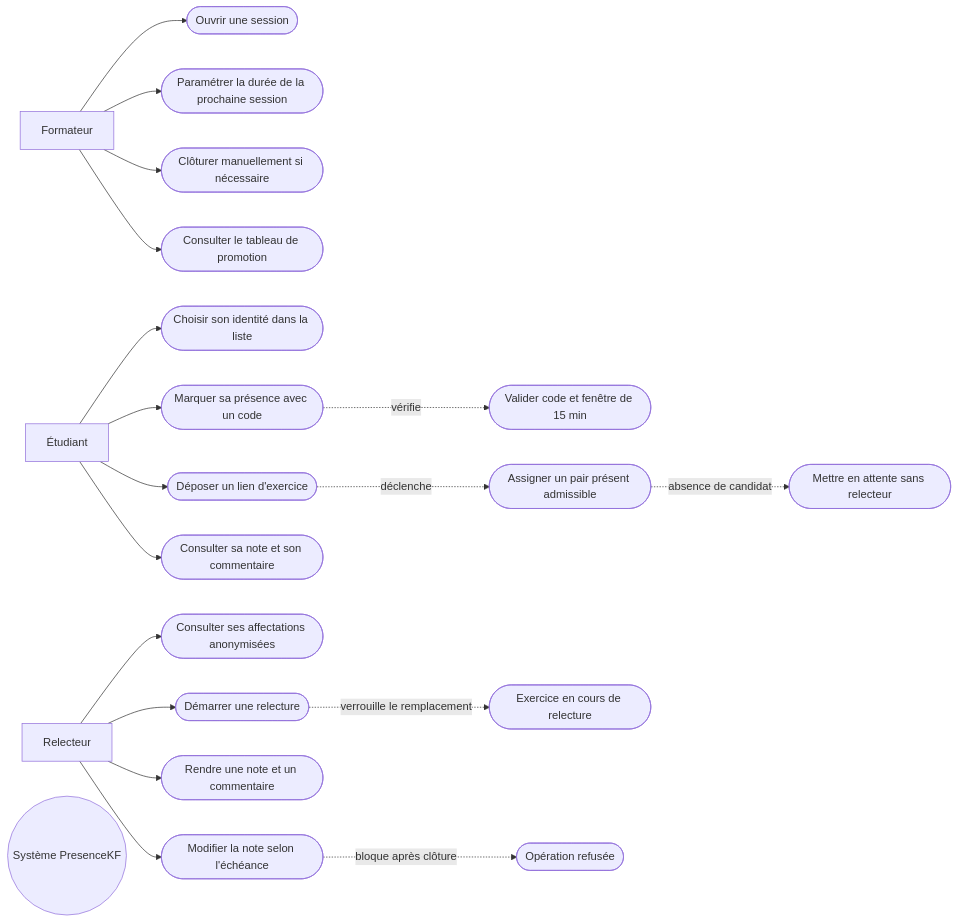
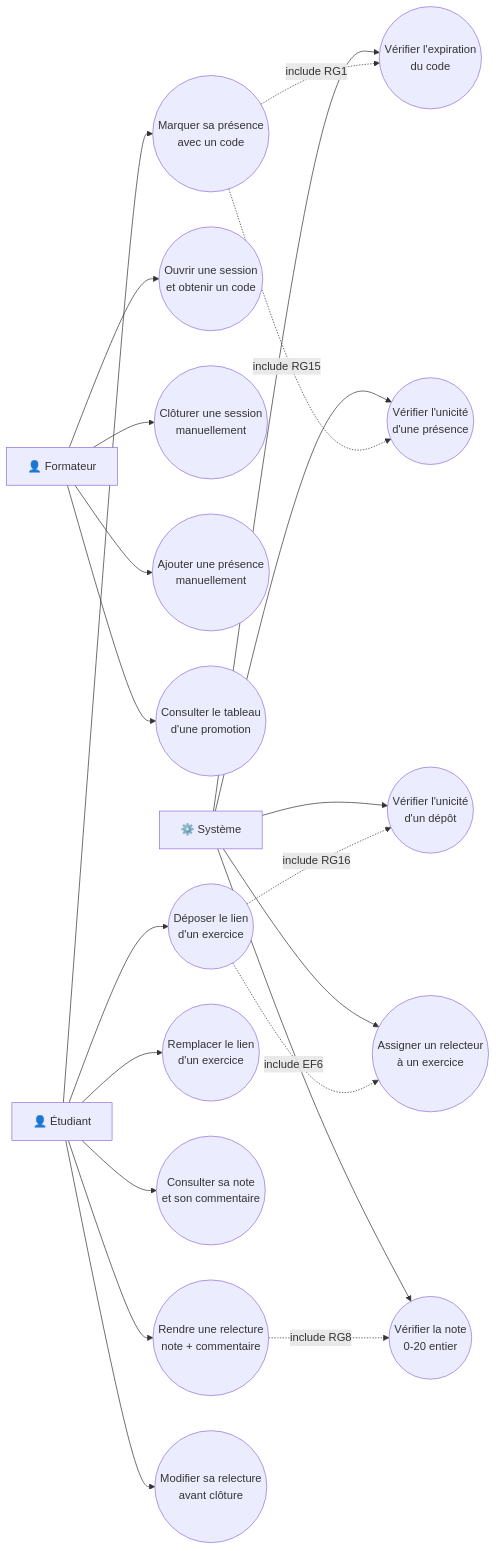
The diagram in docs/diagrammes/D1-cas-utilisation.md (kabary-hub/kfokam48-epreuve-153), drawn with Mermaid before and after one commit. The commit also changed other lines of this file, not shown here.

Commit message:
docs(diagrammes): créer D1 cas d'utilisation (EF1-EF11, acteurs et règles)

````diff
--- a/docs/diagrammes/D1-cas-utilisation.md
+++ b/docs/diagrammes/D1-cas-utilisation.md
@@ -3,28 +7,56 @@
 ```mermaid
 flowchart LR
-    F[Formateur]
-    E[Étudiant]
-    R[Relecteur]
-    SYS((Système PresenceKF))
+    %% Acteurs
+    F[👤 Formateur]
+    E[👤 Étudiant]
+    S[⚙️ Système]
 
-    F --> UC1([Ouvrir une session])
-    F --> UC2([Paramétrer la durée de la prochaine session])
-    F --> UC3([Clôturer manuellement si nécessaire])
-    F --> UC4([Consulter le tableau de promotion])
+    %% Cas d'utilisation - Formateur
+    UC1((Ouvrir une session<br/>et obtenir un code))
+    UC2((Clôturer une session<br/>manuellement))
+    UC3((Ajouter une présence<br/>manuellement))
+    UC4((Consulter le tableau<br/>d'une promotion))
 
-    E --> UC5([Choisir son identité dans la liste])
-    E --> UC6([Marquer sa présence avec un code])
-    E --> UC7([Déposer un lien d'exercice])
-    E --> UC8([Consulter sa note et son commentaire])
+    %% Cas d'utilisation - Étudiant
+    UC5((Marquer sa présence<br/>avec un code))
+    UC6((Déposer le lien<br/>d'un exercice))
+    UC7((Remplacer le lien<br/>d'un exercice))
+    UC8((Consulter sa note<br/>et son commentaire))
+    UC9((Rendre une relecture<br/>note + commentaire))
+    UC10((Modifier sa relecture<br/>avant clôture))
 
-    R --> UC9([Consulter ses affectations anonymisées])
-    R --> UC10([Démarrer une relecture])
-    R --> UC11([Rendre une note et un commentaire])
-    R --> UC12([Modifier la note selon l'échéance])
+    %% Cas d'utilisation - Système
+    UC11((Assigner un relecteur<br/>à un exercice))
+    UC12((Vérifier l'expiration<br/>du code))
+    UC13((Vérifier la note<br/>0-20 entier))
+    UC14((Vérifier l'unicité<br/>d'une présence))
+    UC15((Vérifier l'unicité<br/>d'un dépôt))
 
-    UC6 -. vérifie .-> UC13([Valider code et fenêtre de 15 min])
-    UC7 -. déclenche .-> UC14([Assigner un pair présent admissible])
-    UC14 -. absence de candidat .-> UC15([Mettre en attente sans relecteur])
-    UC10 -. verrouille le remplacement .-> UC16([Exercice en cours de relecture])
-    UC12 -. bloque après clôture .-> UC17([Opération refusée])
+    %% Associations Formateur
+    F --> UC1
+    F --> UC2
+    F --> UC3
+    F --> UC4
+
+    %% Associations Étudiant (le relecteur est un étudiant affecté)
+    E --> UC5
+    E --> UC6
+    E --> UC7
+    E --> UC8
+    E --> UC9
+    E --> UC10
+
+    %% Associations Système
+    S --> UC11
+    S --> UC12
+    S --> UC13
+    S --> UC14
+    S --> UC15
+
+    %% Includes (relations internes)
+    UC5 -.->|include RG1| UC12
+    UC5 -.->|include RG15| UC14
+    UC6 -.->|include RG16| UC15
+    UC6 -.->|include EF6| UC11
+    UC9 -.->|include RG8| UC13
 ```
````
